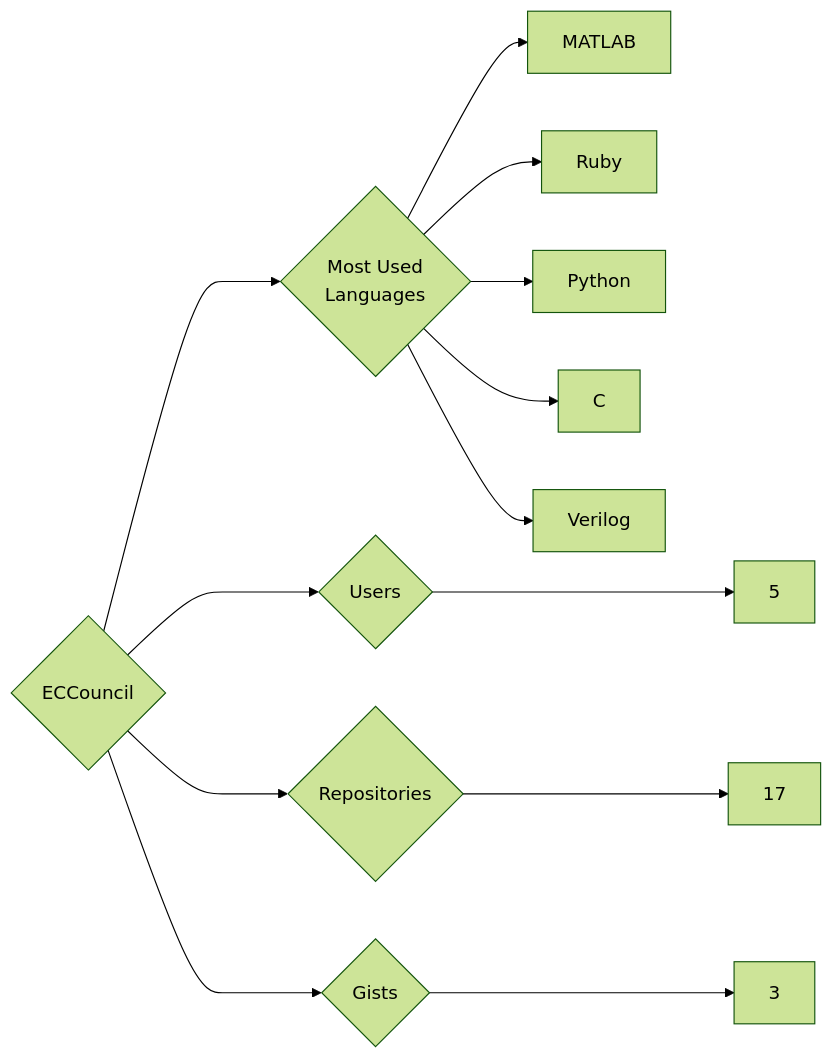
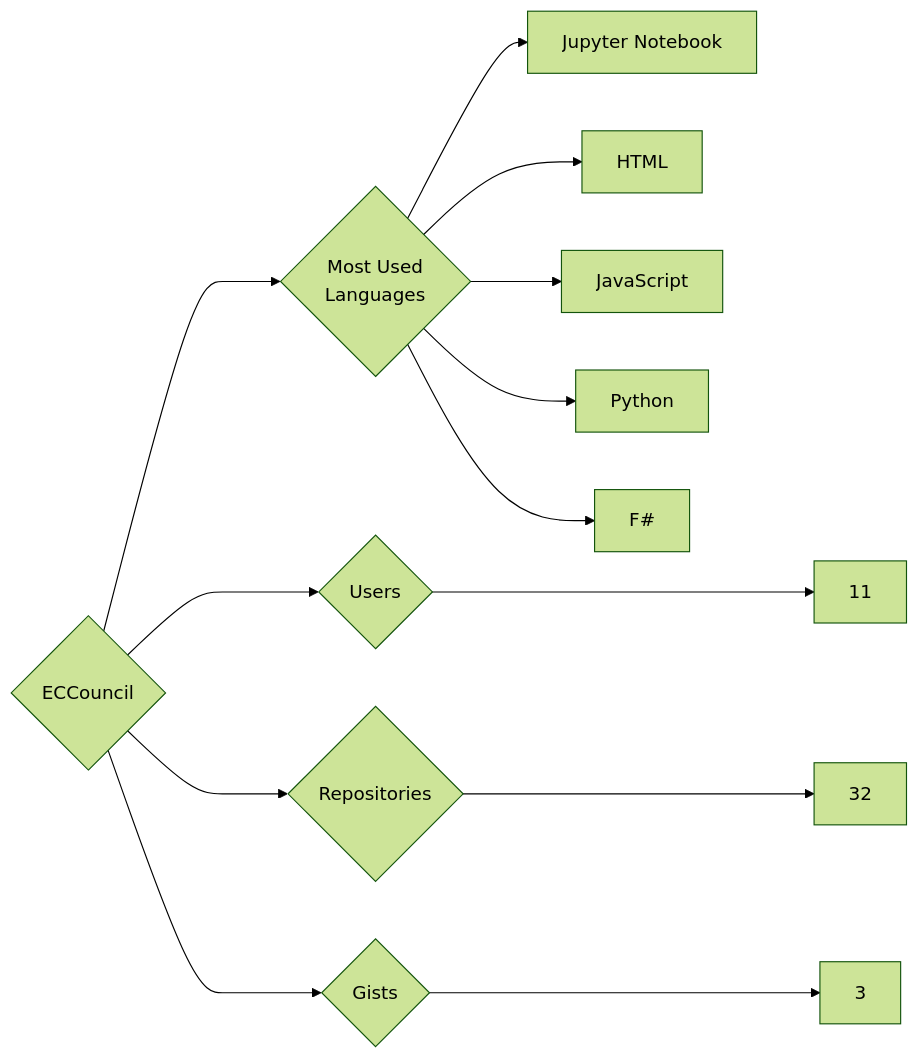
The diagram in targets/ECCouncil/README.md (trickest/insiders), drawn with Mermaid (forest theme) before and after one commit. The commit also changed 1089 other files, not shown here.

````diff
--- a/targets/ECCouncil/README.md
+++ b/targets/ECCouncil/README.md
@@ -3,13 +3,13 @@
 ```mermaid
 graph LR
 COMPANY_NAME{ECCouncil}
-COMPANY_NAME ---> U{Users} ---> UN[5]
-COMPANY_NAME ---> R{Repositories} ---> RN[17]
+COMPANY_NAME ---> U{Users} ---> UN[11]
+COMPANY_NAME ---> R{Repositories} ---> RN[32]
 COMPANY_NAME ---> G{Gists} ---> GN[3]
 COMPANY_NAME ---> ML{Most Used<br>Languages}
-ML --> MATLAB[MATLAB]
-ML --> Ruby[Ruby]
+ML --> Jupyter_Notebook[Jupyter Notebook]
+ML --> HTML[HTML]
+ML --> JavaScript[JavaScript]
 ML --> Python[Python]
-ML --> C[C]
-ML --> Verilog[Verilog]
+ML --> F#[F#]
 ```
````
